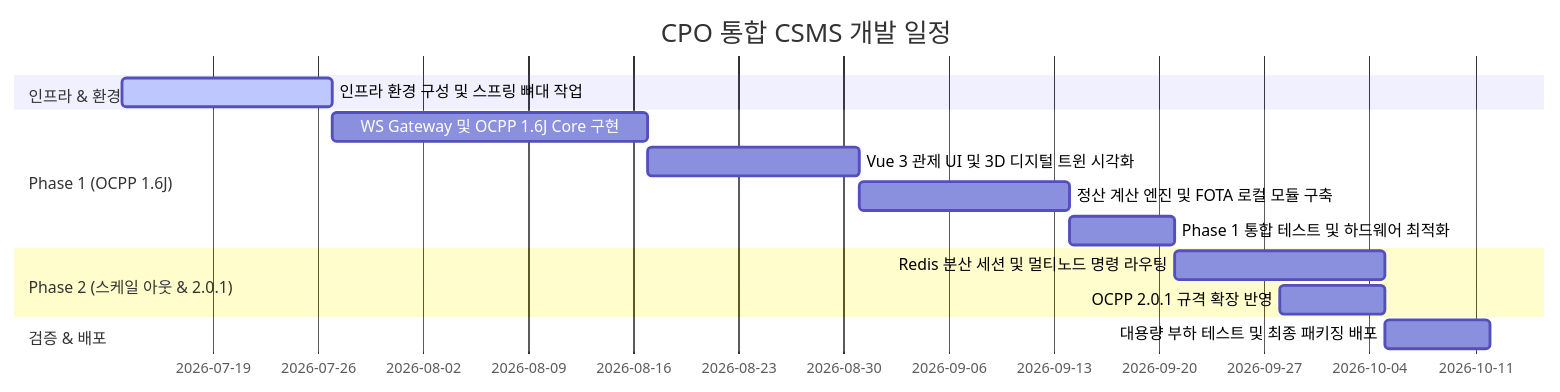
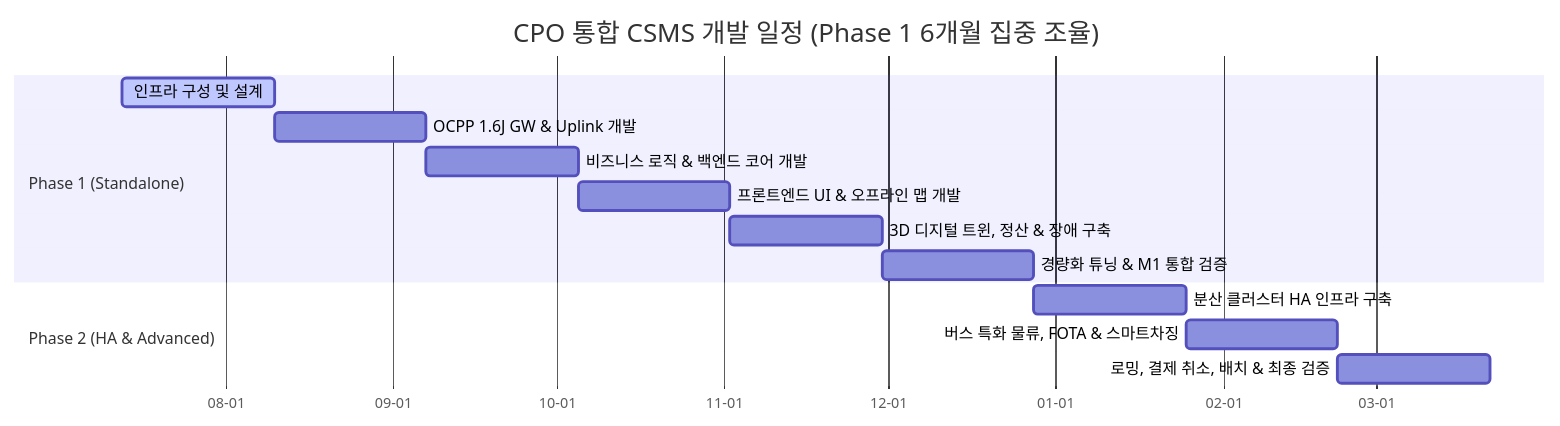
The diagram in doc/03.timeline.md (h2y-hyhong2/h2y-ocpp), drawn with Mermaid before and after one commit. The commit also changed other lines of this file and 1 other file, not shown here.

Commit message:
docs: adjust timeline for Phase 1 to span 6 months (24 weeks) in 03.timeline

````diff
--- a/doc/03.timeline.md
+++ b/doc/03.timeline.md
@@ -19,17 +19,19 @@
 ```mermaid
 gantt
-    title CPO 통합 CSMS 개발 일정
+    title CPO 통합 CSMS 개발 일정 (Phase 1 6개월 집중 조율)
     dateFormat  YYYY-MM-DD
-    section 인프라 & 환경
-    인프라 환경 구성 및 스프링 뼈대 작업 :active, des1, 2026-07-13, 14d
-    section Phase 1 (OCPP 1.6J)
-    WS Gateway 및 OCPP 1.6J Core 구현 : des2, 2026-07-27, 21d
-    Vue 3 관제 UI 및 3D 디지털 트윈 시각화 : des3, 2026-08-17, 14d
-    정산 계산 엔진 및 FOTA 로컬 모듈 구축 : des4, 2026-08-31, 14d
-    Phase 1 통합 테스트 및 하드웨어 최적화 : des5, 2026-09-14, 7d
-    section Phase 2 (스케일 아웃 & 2.0.1)
-    Redis 분산 세션 및 멀티노드 명령 라우팅 : des6, 2026-09-21, 14d
-    OCPP 2.0.1 규격 확장 반영 : des7, 2026-09-28, 7d
-    section 검증 & 배포
-    대용량 부하 테스트 및 최종 패키징 배포 : des8, 2026-10-05, 7d
+    axisFormat  %m-%d
+    
+    section Phase 1 (Standalone)
+    인프라 구성 및 설계        :active, p1_infra, 2026-07-13, 28d
+    OCPP 1.6J GW & Uplink 개발   : p1_gw, after p1_infra, 28d
+    비즈니스 로직 & 백엔드 코어 개발 : p1_biz, after p1_gw, 28d
+    프론트엔드 UI & 오프라인 맵 개발 : p1_fe, after p1_biz, 28d
+    3D 디지털 트윈, 정산 & 장애 구축 : p1_twin, after p1_fe, 28d
+    경량화 튜닝 & M1 통합 검증      : p1_test, after p1_twin, 28d
+    
+    section Phase 2 (HA & Advanced)
+    분산 클러스터 HA 인프라 구축    : p2_cluster, after p1_test, 28d
+    버스 특화 물류, FOTA & 스마트차징 : p2_bus, after p2_cluster, 28d
+    로밍, 결제 취소, 배치 & 최종 검증 : p2_roam, after p2_bus, 28d
 ```
````
